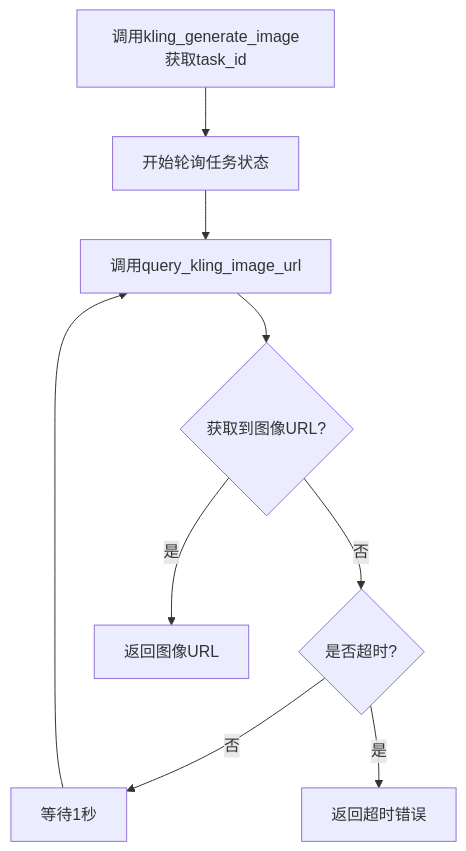
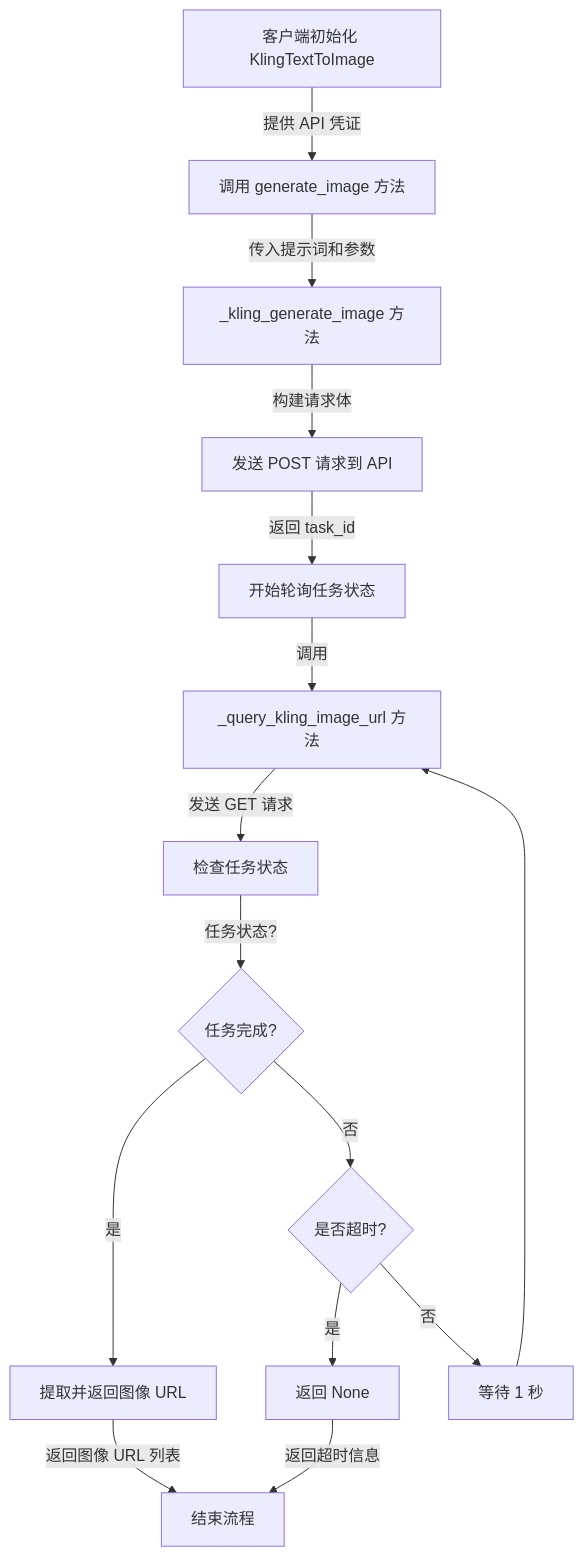
One commit to DMXAPI/DMXAPI-docs changed the diagram in docs/zh/models/kling/kling-text-to-image.md. Above: the diagram before and after it, drawn with Mermaid. The commit also changed other lines of this file and 2 other files, not shown here.

Commit message:
fix: kling text to image

````diff
--- a/docs/zh/models/kling/kling-text-to-image.md
+++ b/docs/zh/models/kling/kling-text-to-image.md
@@ -53,11 +44,21 @@
 ```mermaid
-flowchart TD
-J[调用kling_generate_image获取task_id] --> K[开始轮询任务状态]
-K --> L[调用query_kling_image_url]
-L --> M{获取到图像URL?}
-M -->|否| N{是否超时?}
-N -->|否| O[等待1秒]
-O --> L
-N -->|是| P[返回超时错误]
-M -->|是| Q[返回图像URL]
+graph TD
+    A[客户端初始化 KlingTextToImage] -->|提供 API 凭证| B[调用 generate_image 方法]
+    B -->|传入提示词和参数| C[_kling_generate_image 方法]
+    C -->|构建请求体| D[发送 POST 请求到 API]
+    D -->|返回 task_id| E[开始轮询任务状态]
+    
+    E -->|调用| F[_query_kling_image_url 方法]
+    F -->|发送 GET 请求| G[检查任务状态]
+    
+    G -->|任务状态?| H{任务完成?}
+    H -->|是| I[提取并返回图像 URL]
+    H -->|否| J{是否超时?}
+    
+    J -->|是| K[返回 None]
+    J -->|否| L[等待 1 秒]
+    L --> F
+    
+    I -->|返回图像 URL 列表| M[结束流程]
+    K -->|返回超时信息| M
 ```
````
